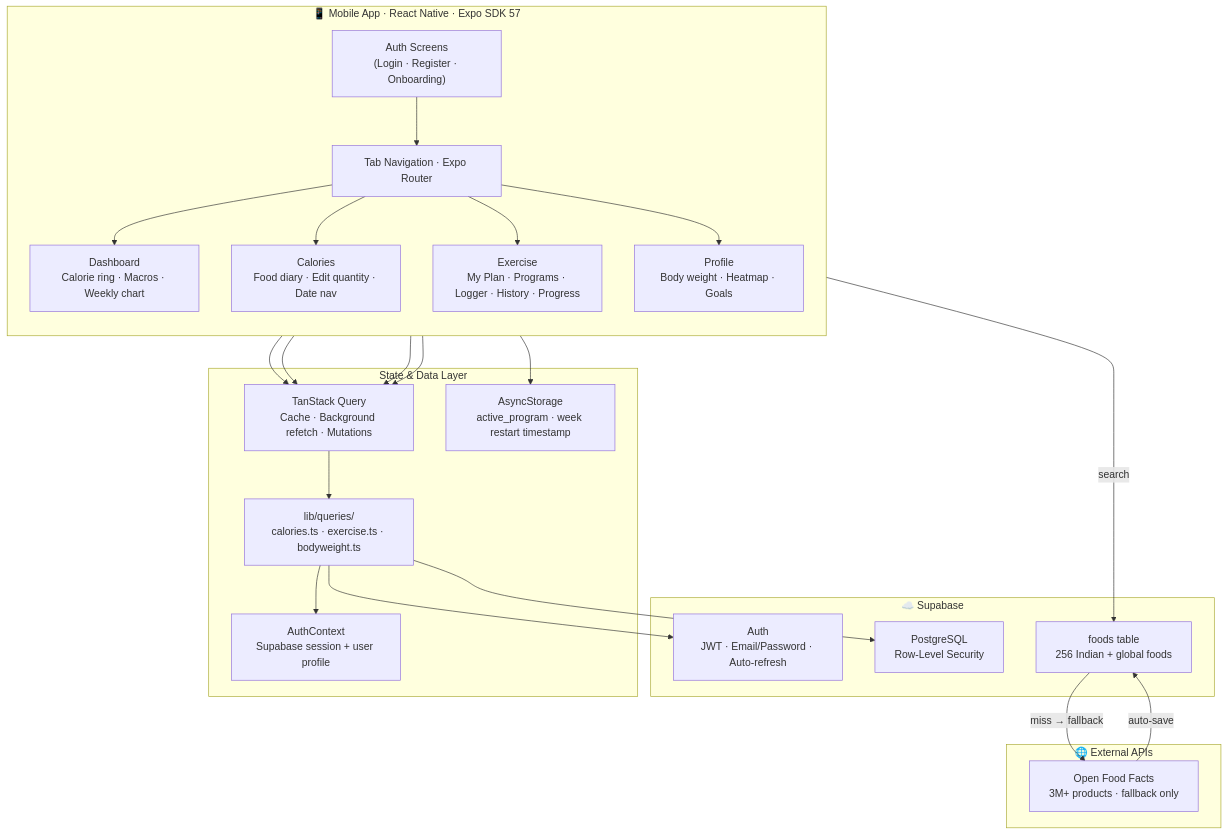
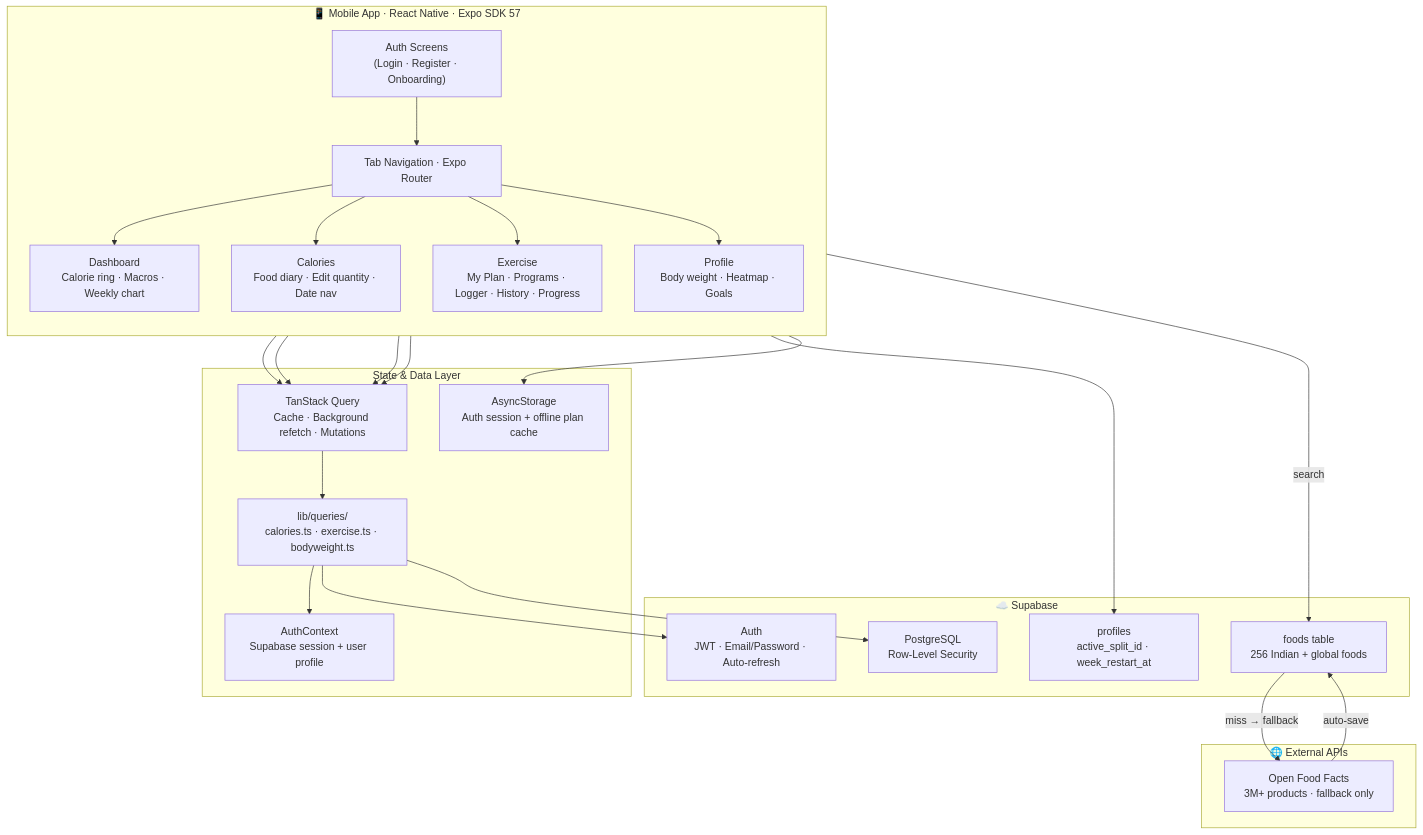
Before and after one commit to cvm101/FitGuru: the first of 5 diagrams in README.md, drawn with Mermaid. The commit also changed other lines of this file and 9 other files, not shown here.

````diff
--- a/README.md
+++ b/README.md
@@ -53,40 +53,42 @@
 ```mermaid
 graph TD
     subgraph Mobile["📱 Mobile App · React Native · Expo SDK 57"]
         direction TB
         Auth["Auth Screens\n(Login · Register · Onboarding)"]
         Tabs["Tab Navigation · Expo Router"]
         Dashboard["Dashboard\nCalorie ring · Macros · Weekly chart"]
         Calories["Calories\nFood diary · Edit quantity · Date nav"]
         Exercise["Exercise\nMy Plan · Programs · Logger · History · Progress"]
         Profile["Profile\nBody weight · Heatmap · Goals"]
     end
 
     subgraph State["State & Data Layer"]
         AuthCtx["AuthContext\nSupabase session + user profile"]
         TQ["TanStack Query\nCache · Background refetch · Mutations"]
         Queries["lib/queries/\ncalories.ts · exercise.ts · bodyweight.ts"]
-        AS["AsyncStorage\nactive_program · week restart timestamp"]
+        AS["AsyncStorage\nAuth session + offline plan cache"]
     end
 
     subgraph Backend["☁️ Supabase"]
         SupaAuth["Auth\nJWT · Email/Password · Auto-refresh"]
         DB["PostgreSQL\nRow-Level Security"]
+        Profiles["profiles\nactive_split_id · week_restart_at"]
         FoodsDB["foods table\n256 Indian + global foods"]
     end
 
     subgraph External["🌐 External APIs"]
         OFF["Open Food Facts\n3M+ products · fallback only"]
     end
 
     Auth --> Tabs
     Tabs --> Dashboard & Calories & Exercise & Profile
     Dashboard & Calories & Exercise & Profile --> TQ
     TQ --> Queries
     Queries --> AuthCtx
     Queries --> SupaAuth & DB
+    Exercise --> Profiles
     Exercise --> AS
     Calories -->|"search"| FoodsDB
     FoodsDB -->|"miss → fallback"| OFF
     OFF -->|"auto-save"| FoodsDB
 ```
````
